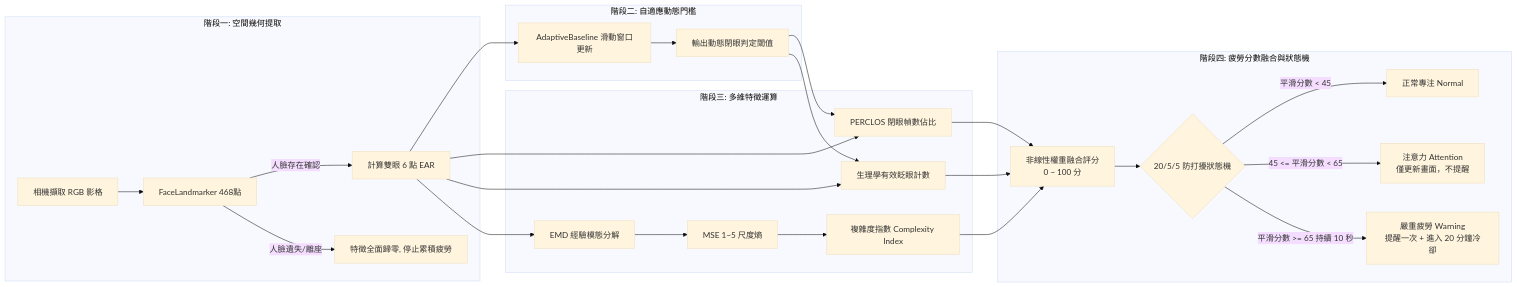
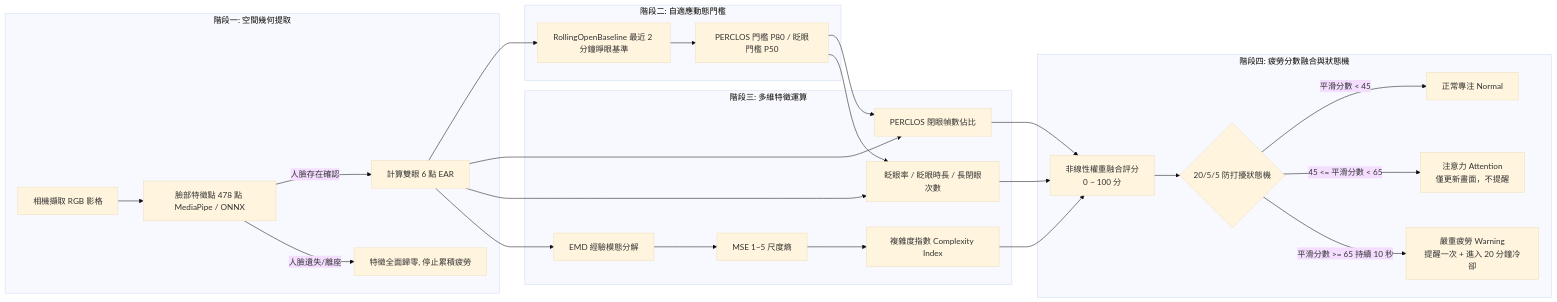
The third of 4 diagrams in README.md (ourboros/EFD), drawn with Mermaid (base theme) before and after one commit. The commit also changed other lines of this file and 8 other files, not shown here.

````diff
--- a/README.md
+++ b/README.md
@@ -147,29 +164,29 @@
 ```mermaid
 flowchart LR
     subgraph S1 [階段一: 空間幾何提取]
-        CAM[相機擷取 RGB 影格] --> FL[FaceLandmarker 468點]
+        CAM[相機擷取 RGB 影格] --> FL[臉部特徵點 478 點 MediaPipe / ONNX]
         FL -->|人臉存在確認| EAR[計算雙眼 6 點 EAR]
         FL -->|人臉遺失/離座| ZERO[特徵全面歸零, 停止累積疲勞]
     end
 
     subgraph S2 [階段二: 自適應動態門檻]
-        EAR --> AB[AdaptiveBaseline 滑動窗口更新]
-        AB --> THRESH[輸出動態閉眼判定閾值]
+        EAR --> AB[RollingOpenBaseline 最近 2 分鐘睜眼基準]
+        AB --> THRESH[PERCLOS 門檻 P80 / 眨眼門檻 P50]
     end
 
     subgraph S3 [階段三: 多維特徵運算]
         EAR & THRESH --> PERCLOS[PERCLOS 閉眼幀數佔比]
-        EAR & THRESH --> BLINK[生理學有效眨眼計數]
+        EAR & THRESH --> BLINK[眨眼率 / 眨眼時長 / 長閉眼次數]
         EAR --> EMD_PROC[EMD 經驗模態分解]
         EMD_PROC --> MSE_PROC[MSE 1~5 尺度熵]
         MSE_PROC --> CI[複雜度指數 Complexity Index]
     end
 
     subgraph S4 [階段四: 疲勞分數融合與狀態機]
         PERCLOS & BLINK & CI --> FUSION[非線性權重融合評分\n0 ~ 100 分]
         FUSION --> FSM{20/5/5 防打擾狀態機}
         FSM -->|平滑分數 < 45| NORMAL[正常專注 Normal]
         FSM -->|45 <= 平滑分數 < 65| ALERT[注意力 Attention\n僅更新畫面，不提醒]
         FSM -->|平滑分數 >= 65 持續 10 秒| SEVERE[嚴重疲勞 Warning\n提醒一次 + 進入 20 分鐘冷卻]
     end
 ```
````
